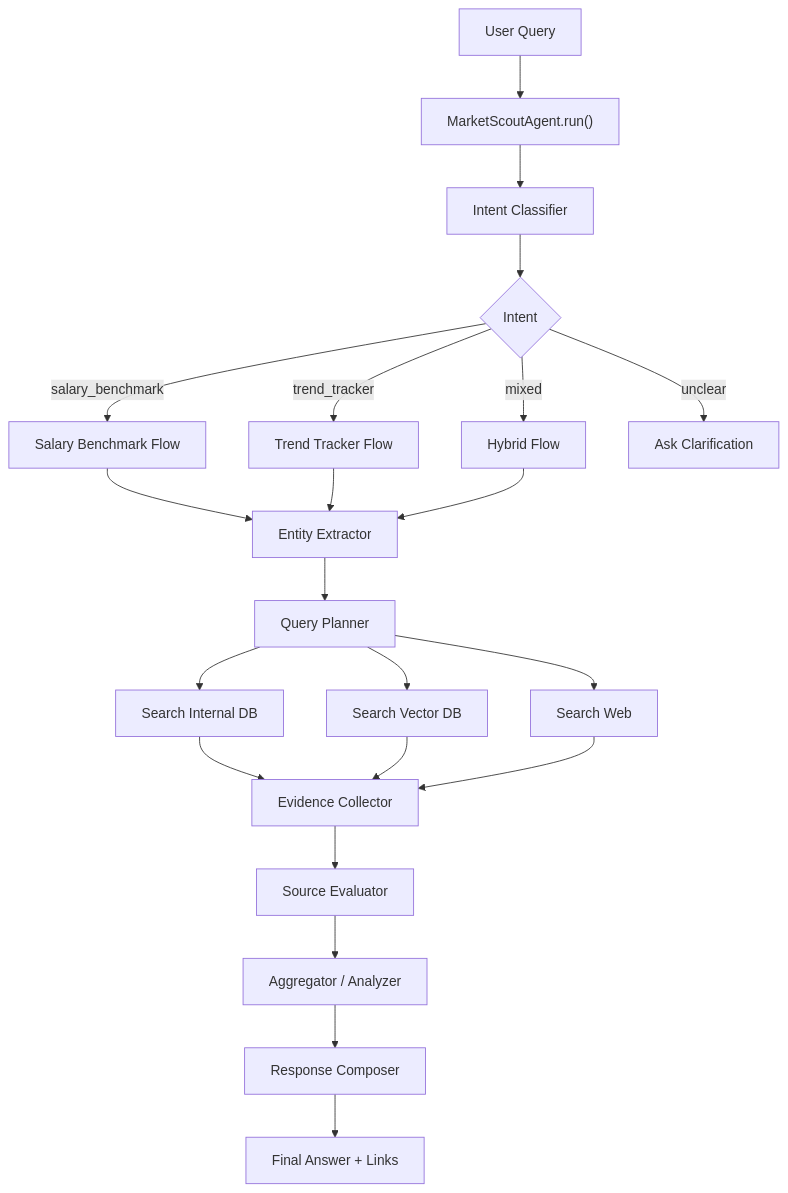
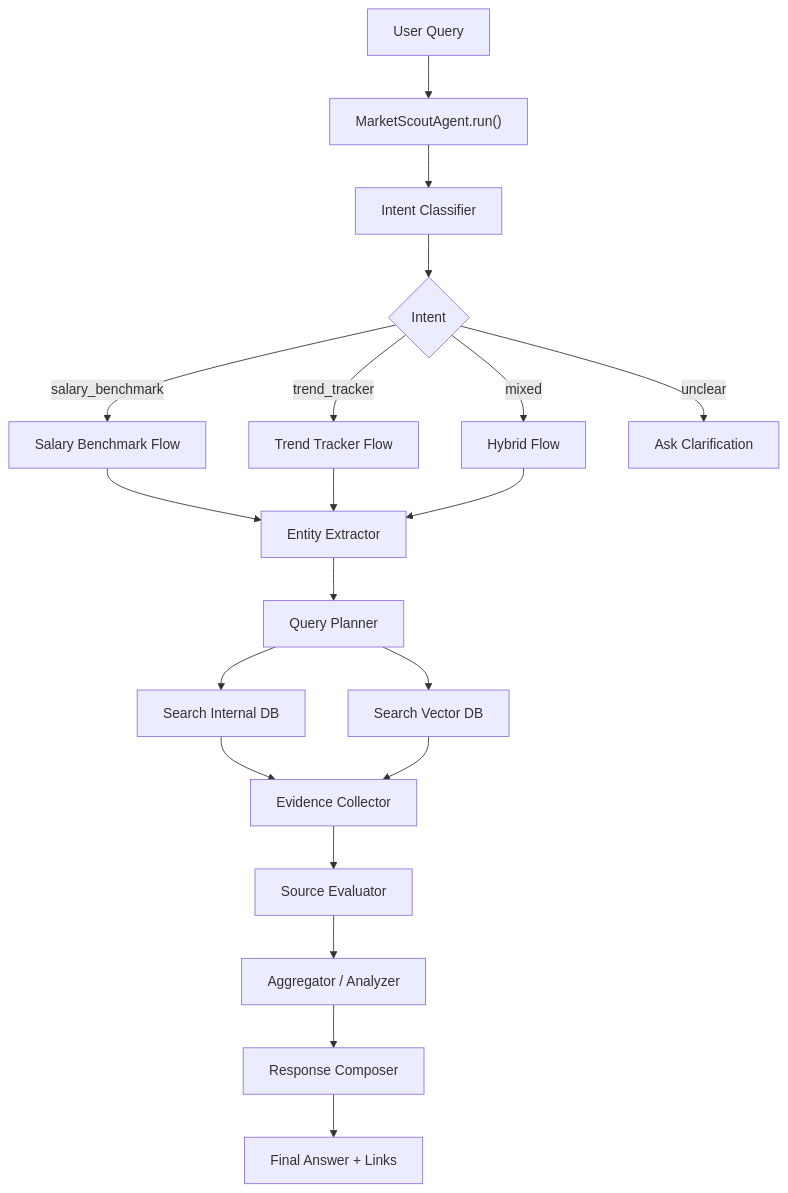
The first of 6 diagrams in backend/market_scout/README.md (HungHoDuy/Z-MentorAI), drawn with Mermaid before and after one commit. The commit also changed other lines of this file and 70 other files, not shown here.

````diff
--- a/backend/market_scout/README.md
+++ b/backend/market_scout/README.md
@@ -17,31 +17,31 @@
 ```mermaid
 flowchart TD
     A["User Query"] --> B["MarketScoutAgent.run()"]
 
     B --> C["Intent Classifier"]
     C --> D{"Intent"}
 
     D -->|salary_benchmark| E["Salary Benchmark Flow"]
     D -->|trend_tracker| F["Trend Tracker Flow"]
     D -->|mixed| G["Hybrid Flow"]
     D -->|unclear| H["Ask Clarification"]
 
     E --> I["Entity Extractor"]
     F --> I
     G --> I
 
     I --> J["Query Planner"]
 
     J --> K["Search Internal DB"]
     J --> L["Search Vector DB"]
-    J --> M["Search Web"]
+   
 
     K --> N["Evidence Collector"]
     L --> N
-    M --> N
+  
 
     N --> O["Source Evaluator"]
     O --> P["Aggregator / Analyzer"]
     P --> Q["Response Composer"]
     Q --> R["Final Answer + Links"]
 ```
````
